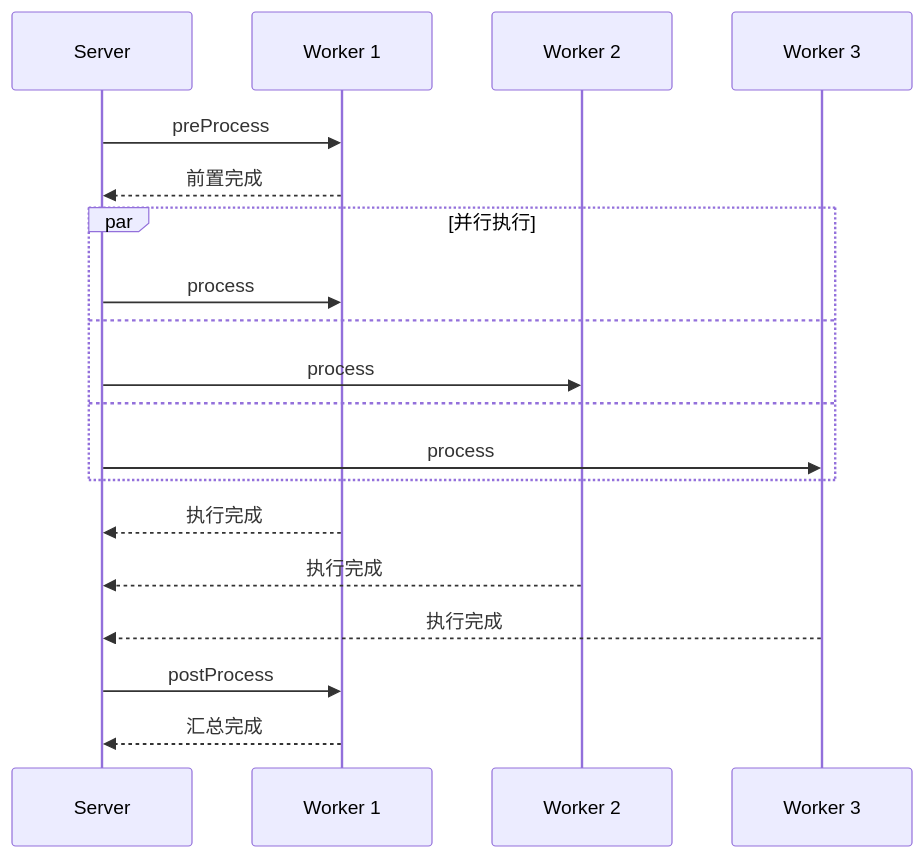
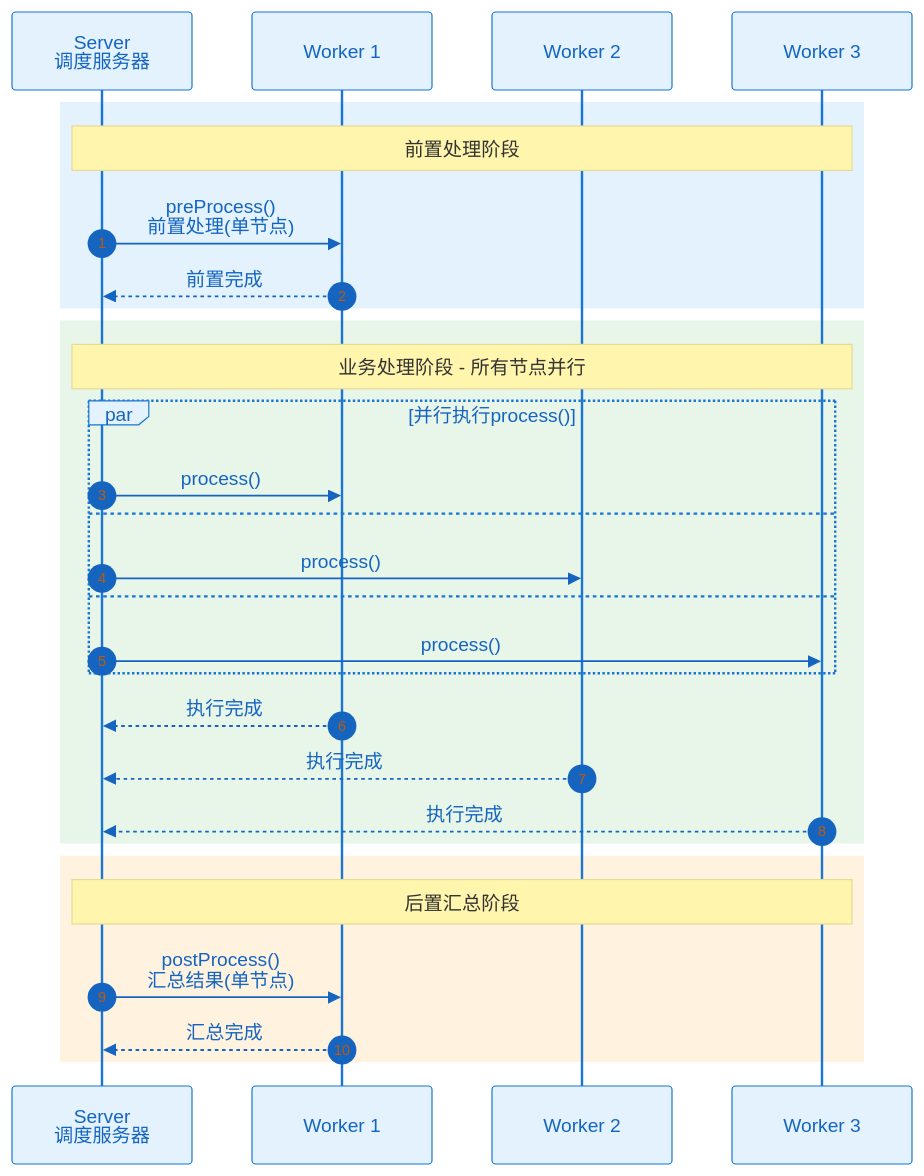
Before and after one commit to Echo009/PowerJob-Docs: the third of 6 diagrams in zh/core/execution-mode.md, drawn with Mermaid. The commit also changed other lines of this file and 7 other files, not shown here.

Commit message:
chore: 优化文档中的 mermaid 图表样式

````diff
--- a/zh/core/execution-mode.md
+++ b/zh/core/execution-mode.md
@@ -105,25 +109,37 @@
 ```mermaid
+%%{init: {'theme':'base', 'themeVariables': { 'primaryColor':'#e3f2fd', 'primaryTextColor':'#1565c0', 'primaryBorderColor':'#1976d2', 'lineColor':'#42a5f5', 'secondaryColor':'#e8f5e9', 'tertiaryColor':'#fff3e0', 'background':'#ffffff'}}}%%
 sequenceDiagram
-    participant S as Server
+    autonumber
+
+    participant Server as Server<br/>调度服务器
     participant W1 as Worker 1
     participant W2 as Worker 2
     participant W3 as Worker 3
 
-    S->>W1: preProcess
-    W1-->>S: 前置完成
-
-    par 并行执行
-        S->>W1: process
-    and
-        S->>W2: process
-    and
-        S->>W3: process
+    rect rgb(227, 242, 253)
+        Note over Server,W3: 前置处理阶段
+        Server->>W1: preProcess()<br/>前置处理(单节点)
+        W1-->>Server: 前置完成
     end
 
-    W1-->>S: 执行完成
-    W2-->>S: 执行完成
-    W3-->>S: 执行完成
+    rect rgb(232, 245, 233)
+        Note over Server,W3: 业务处理阶段 - 所有节点并行
+        par 并行执行process()
+            Server->>W1: process()
+        and
+            Server->>W2: process()
+        and
+            Server->>W3: process()
+        end
 
-    S->>W1: postProcess
-    W1-->>S: 汇总完成
+        W1-->>Server: 执行完成
+        W2-->>Server: 执行完成
+        W3-->>Server: 执行完成
+    end
+
+    rect rgb(255, 243, 224)
+        Note over Server,W3: 后置汇总阶段
+        Server->>W1: postProcess()<br/>汇总结果(单节点)
+        W1-->>Server: 汇总完成
+    end
 ```
````
